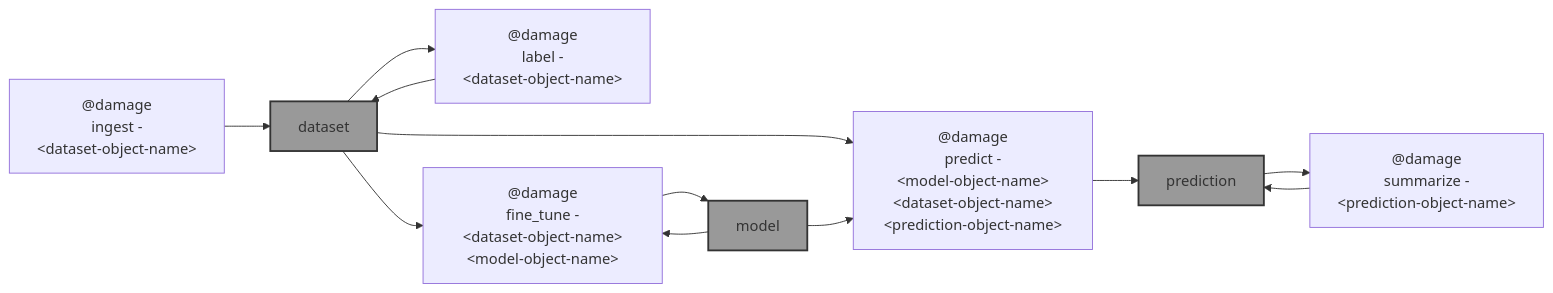
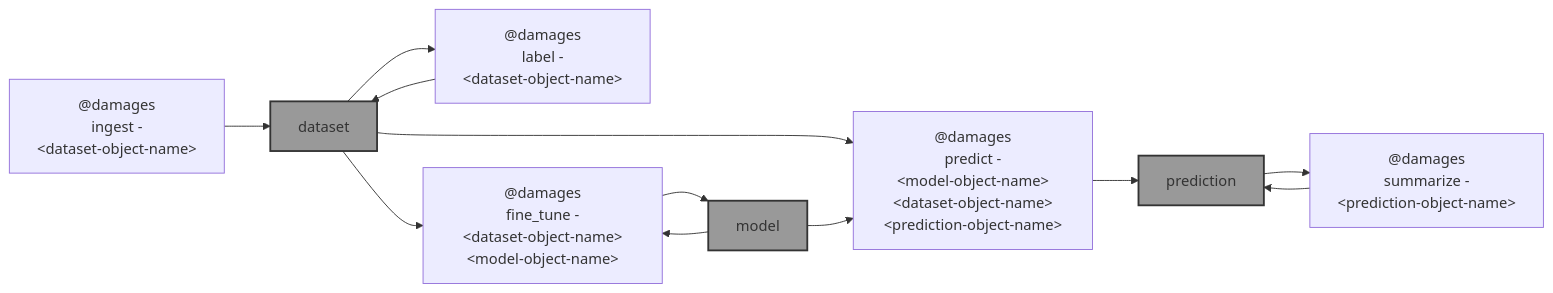
One commit to kamangir/blue-sandbox changed the diagram in blue_sandbox/microsoft_building_damage_assessment/README.md. Above: the diagram before and after it, drawn with Mermaid. The commit also changed other lines of this file and 9 other files, not shown here.

Commit message:
@damage -> @damages & @damages label - kamangir/bolt#746

````diff
--- a/blue_sandbox/microsoft_building_damage_assessment/README.md
+++ b/blue_sandbox/microsoft_building_damage_assessment/README.md
@@ -5,30 +5,30 @@
 ```mermaid
 graph LR
-    ingest["@damage<br>ingest -<br>&lt;dataset-object-name&gt;"]
-    label["@damage<br>label -<br>&lt;dataset-object-name&gt;"]
-    fine_tune["@damage<br>fine_tune -<br>&lt;dataset-object-name&gt;&lt;model-object-name&gt;"]
-    predict["@damage<br>predict -<br>&lt;model-object-name&gt;&lt;dataset-object-name&gt;&lt;prediction-object-name&gt;"]
-    summarize["@damage<br>summarize -<br>&lt;prediction-object-name&gt;"]
+    ingest["@damages<br>ingest -<br>&lt;dataset-object-name&gt;"]
+    label["@damages<br>label -<br>&lt;dataset-object-name&gt;"]
+    fine_tune["@damages<br>fine_tune -<br>&lt;dataset-object-name&gt;&lt;model-object-name&gt;"]
+    predict["@damages<br>predict -<br>&lt;model-object-name&gt;&lt;dataset-object-name&gt;&lt;prediction-object-name&gt;"]
+    summarize["@damages<br>summarize -<br>&lt;prediction-object-name&gt;"]
 
     dataset["dataset"]:::folder
     model["model"]:::folder
     prediction["prediction"]:::folder
 
     ingest --> dataset
 
     dataset --> label
     label --> dataset
 
     dataset --> fine_tune
     model --> fine_tune
     fine_tune --> model
 
     dataset --> predict
     model --> predict
     predict --> prediction
 
     prediction --> summarize
     summarize --> prediction
 
     classDef folder fill:#999,stroke:#333,stroke-width:2px;
 ```
````
